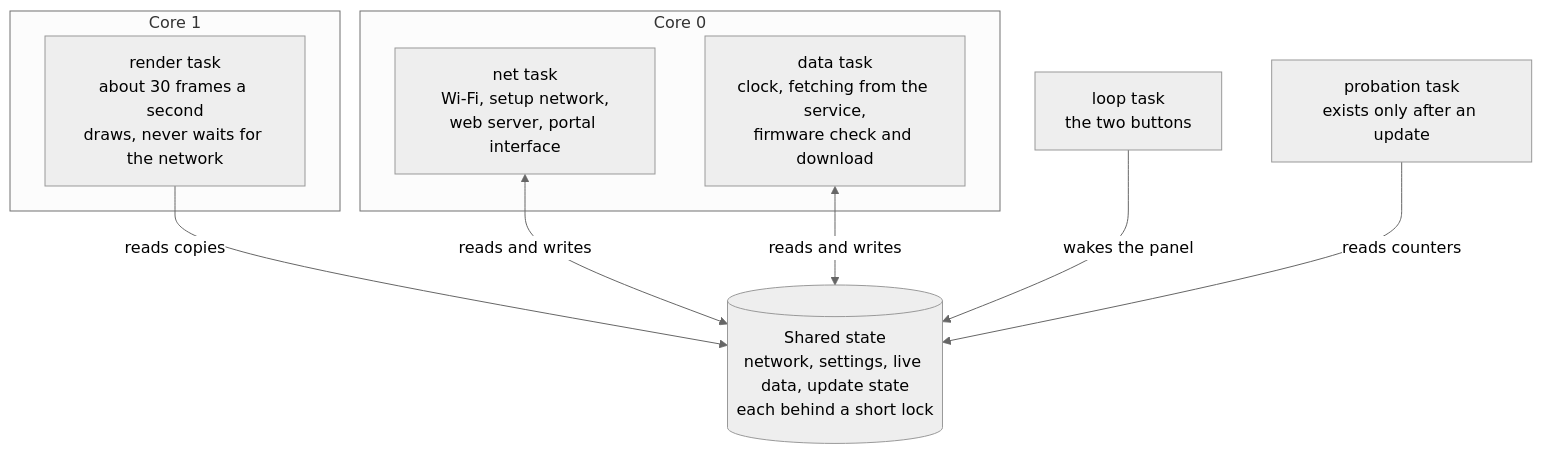
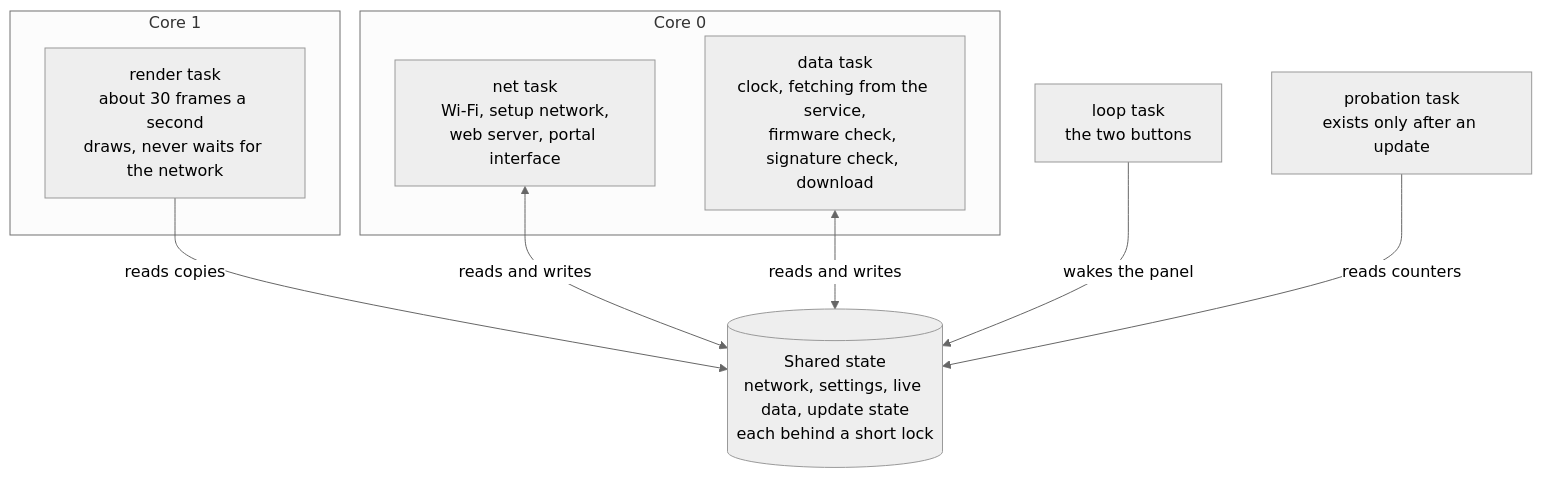
One commit to suvl/ledmatrix changed the second of 13 diagrams in docs/architecture.md. Above: the diagram before and after it, drawn with Mermaid (neutral theme). The commit also changed other lines of this file and 7 other files, not shown here.

````diff
--- a/docs/architecture.md
+++ b/docs/architecture.md
@@ -93,18 +95,18 @@
 ```mermaid
 flowchart TB
   subgraph core1["Core 1"]
     render["render task<br/>about 30 frames a second<br/>draws, never waits for the network"]
   end
   subgraph core0["Core 0"]
     net["net task<br/>Wi-Fi, setup network,<br/>web server, portal interface"]
-    data["data task<br/>clock, fetching from the service,<br/>firmware check and download"]
+    data["data task<br/>clock, fetching from the service,<br/>firmware check, signature check, download"]
   end
   loop["loop task<br/>the two buttons"]
   prob["probation task<br/>exists only after an update"]
   state[("Shared state<br/>network, settings, live data, update state<br/>each behind a short lock")]
   render -->|"reads copies"| state
   net <-->|"reads and writes"| state
   data <-->|"reads and writes"| state
   loop -->|"wakes the panel"| state
   prob -->|"reads counters"| state
 ```
````
